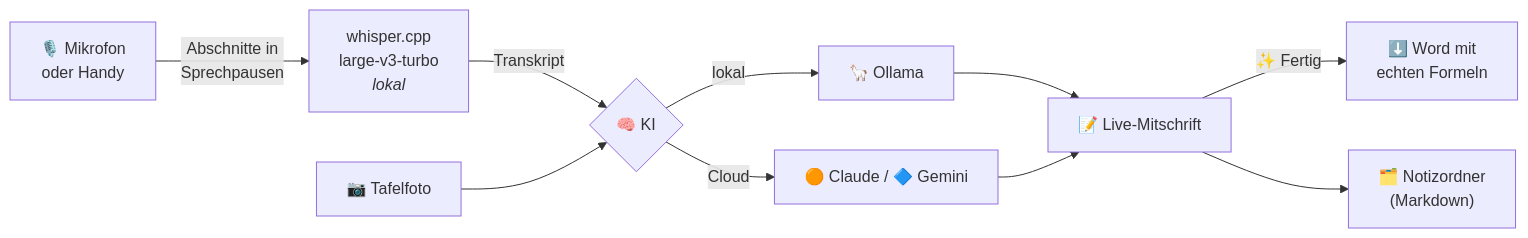
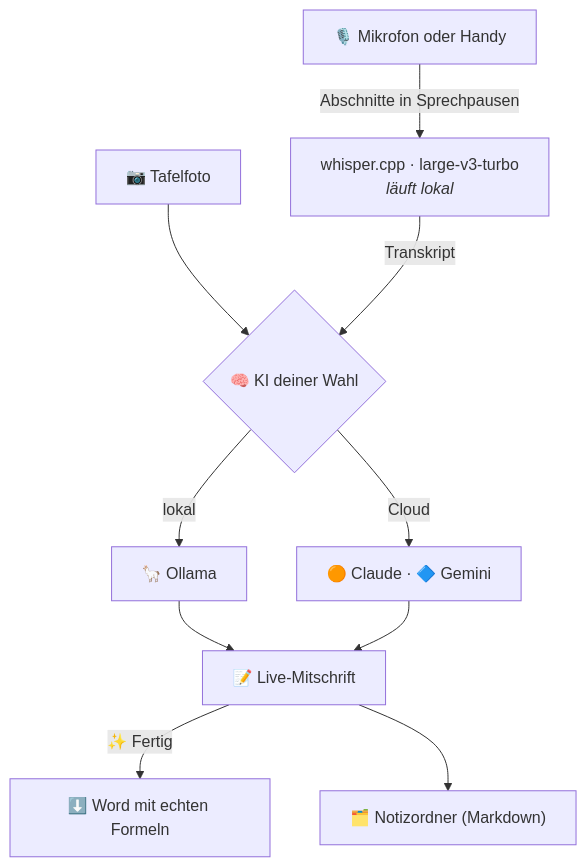
One commit to FreeOnur/autodoku changed the diagram in README.md. Above: the diagram before and after it, drawn with Mermaid. The commit also changed other lines of this file, not shown here.

Commit message:
README: Diagramm lesbarer, Tabellenkopf
Claude-Session: https://claude.ai/code/session_015RzfDGeja1h2RJeMgB4g5w

````diff
--- a/README.md
+++ b/README.md
@@ -112,11 +110,12 @@
 ```mermaid
-flowchart LR
-    MIC["🎙️ Mikrofon<br/>oder Handy"] -->|Abschnitte in<br/>Sprechpausen| W["whisper.cpp<br/>large-v3-turbo<br/><i>lokal</i>"]
-    W -->|Transkript| A{"🧠 KI"}
+flowchart TD
+    MIC["🎙️ Mikrofon oder Handy"] -->|Abschnitte in Sprechpausen| W["whisper.cpp · large-v3-turbo<br/><i>läuft lokal</i>"]
+    CAM["📷 Tafelfoto"] --> A
+    W -->|Transkript| A{"🧠 KI deiner Wahl"}
     A -->|lokal| O["🦙 Ollama"]
-    A -->|Cloud| C["🟠 Claude / 🔷 Gemini"]
-    O & C --> N["📝 Live-Mitschrift"]
-    CAM["📷 Tafelfoto"] --> A
-    N -->|✨ Fertig| D["⬇️ Word mit<br/>echten Formeln"]
-    N --> V["🗂️ Notizordner<br/>(Markdown)"]
+    A -->|Cloud| C["🟠 Claude · 🔷 Gemini"]
+    O --> N["📝 Live-Mitschrift"]
+    C --> N
+    N -->|✨ Fertig| D["⬇️ Word mit echten Formeln"]
+    N --> V["🗂️ Notizordner (Markdown)"]
 ```
````
